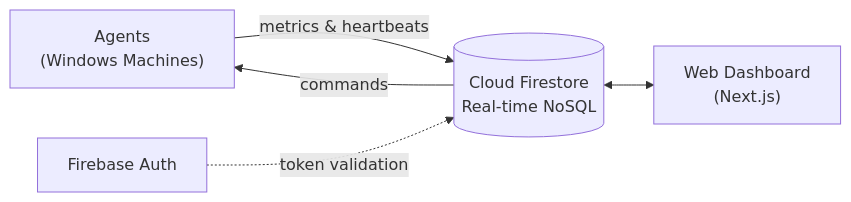
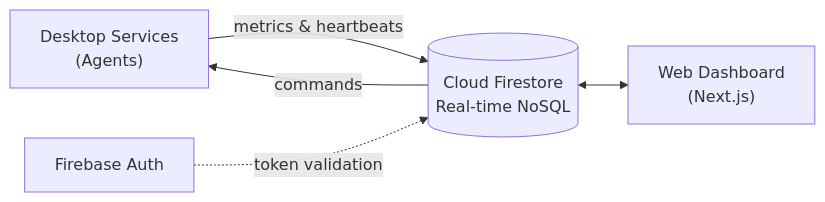
The first of 7 diagrams in docs/architecture.md (theexperiential/owlette), drawn with Mermaid before and after one commit. The commit also changed other lines of this file, not shown here.

Commit message:
docs: clarify node labels in architecture diagrams

````diff
--- a/docs/architecture.md
+++ b/docs/architecture.md
@@ -9,12 +9,12 @@
 ```mermaid
 flowchart LR
-    Agents["Agents\n(Windows Machines)"]
+    Agents["Desktop Services\n(Agents)"]
     FS[("Cloud Firestore\nReal-time NoSQL")]
     Dashboard["Web Dashboard\n(Next.js)"]
     Auth["Firebase Auth"]
 
     Agents -- "metrics & heartbeats" --> FS
     FS -- "commands" --> Agents
     FS <--> Dashboard
     Auth -. "token validation" .-> FS
 ```
````
